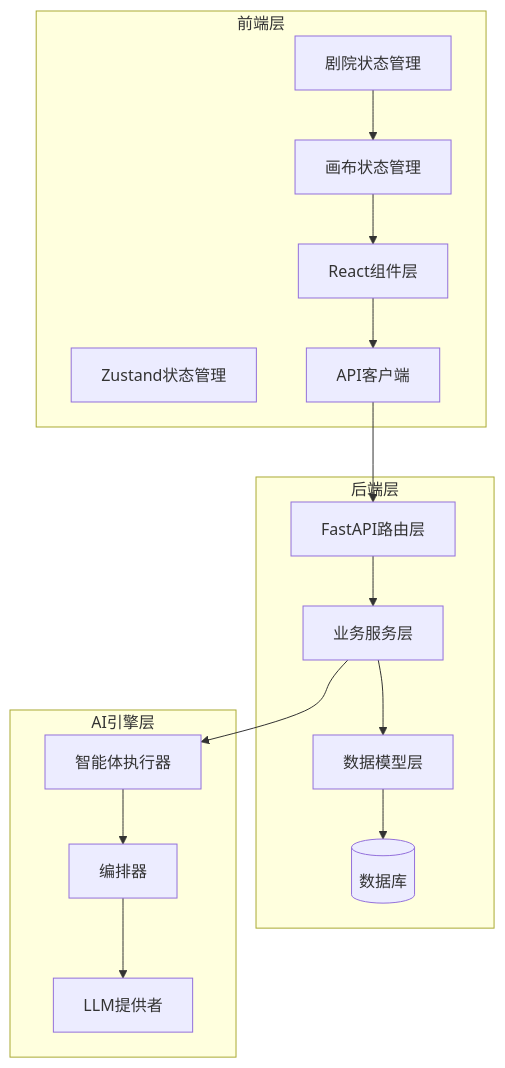
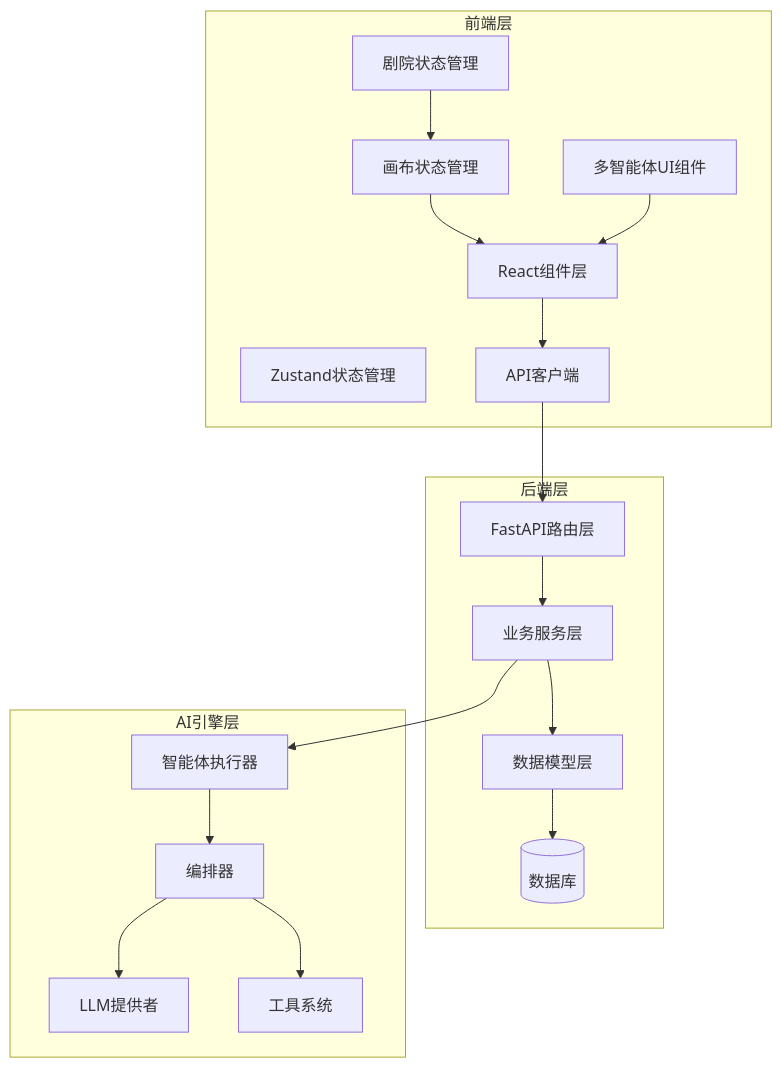
The first of 14 diagrams in .qoder/repowiki/zh/content/前端开发指南/AI助手面板增强.md (KunLabAI/KunFlix), drawn with Mermaid before and after one commit. The commit also changed other lines of this file and 29 other files, not shown here.

````diff
--- a/.qoder/repowiki/zh/content/前端开发指南/AI助手面板增强.md
+++ b/.qoder/repowiki/zh/content/前端开发指南/AI助手面板增强.md
@@ -54,31 +58,35 @@
 ```mermaid
 graph TB
 subgraph "前端层"
 UI[React组件层]
 Store[Zustand状态管理]
 API[API客户端]
 TheaterStore[剧院状态管理]
 CanvasStore[画布状态管理]
+MultiAgentUI[多智能体UI组件]
 end
 subgraph "后端层"
 Router[FastAPI路由层]
 Service[业务服务层]
 Model[数据模型层]
 DB[(数据库)]
 end
 subgraph "AI引擎层"
 Agent[智能体执行器]
 Orchestrator[编排器]
 Provider[LLM提供者]
+Tool[工具系统]
 end
 UI --> API
 API --> Router
 Router --> Service
 Service --> Model
 Model --> DB
 Service --> Agent
 Agent --> Orchestrator
 Orchestrator --> Provider
+Orchestrator --> Tool
 TheaterStore --> CanvasStore
 CanvasStore --> UI
+MultiAgentUI --> UI
 ```
````
